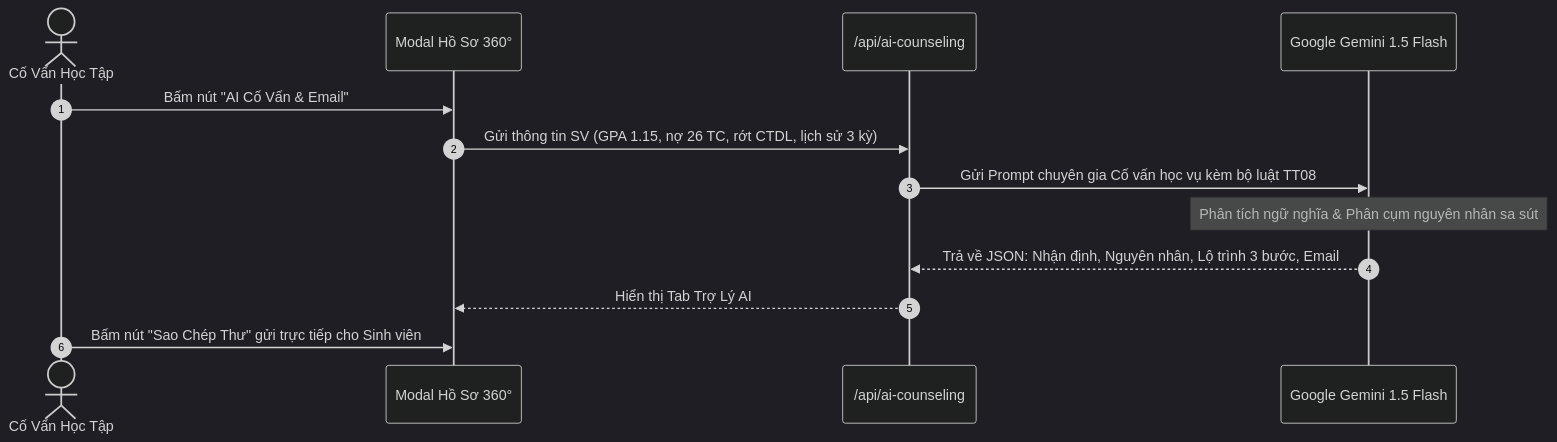
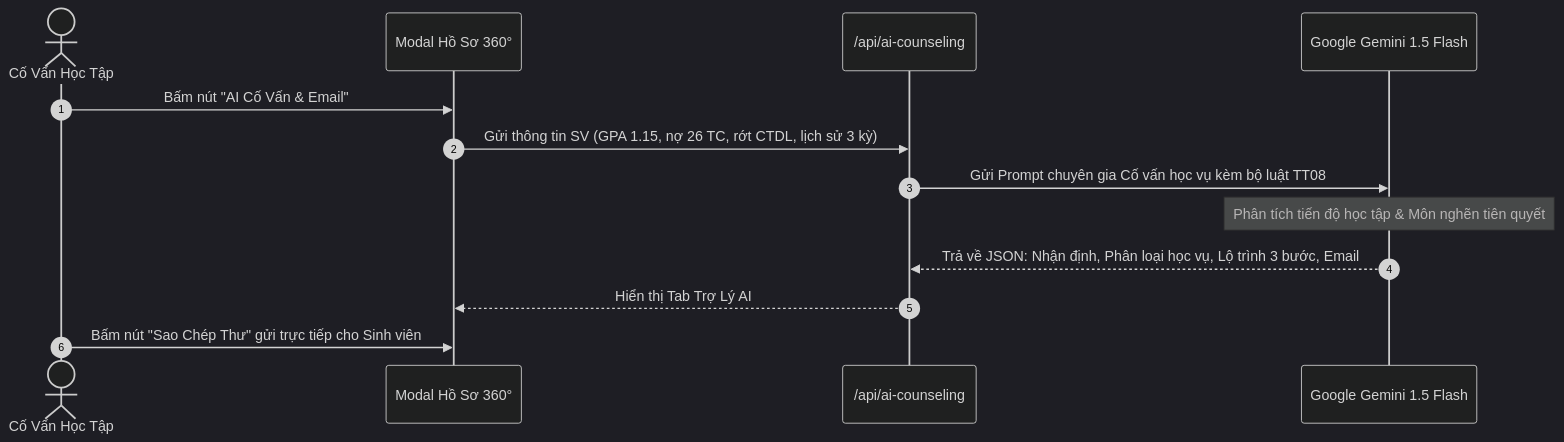
The fourth of 4 diagrams in docs/BAO_CAO_TOAN_DIEN_DU_AN_EDUALERT.md (legiahan2705/Project-EduAlert), drawn with Mermaid (dark theme) before and after one commit. The commit also changed other lines of this file and 2 other files, not shown here.

Commit message:
docs & api: remove all assumptions about personal life, strictly focus on academic data and grade metrics

````diff
--- a/docs/BAO_CAO_TOAN_DIEN_DU_AN_EDUALERT.md
+++ b/docs/BAO_CAO_TOAN_DIEN_DU_AN_EDUALERT.md
@@ -318,16 +318,16 @@
 ```mermaid
 sequenceDiagram
     autonumber
     actor CVHT as Cố Vấn Học Tập
     participant UI as Modal Hồ Sơ 360°
     participant API as /api/ai-counseling
     participant LLM as Google Gemini 1.5 Flash
 
     CVHT->>UI: Bấm nút "AI Cố Vấn & Email"
     UI->>API: Gửi thông tin SV (GPA 1.15, nợ 26 TC, rớt CTDL, lịch sử 3 kỳ)
     API->>LLM: Gửi Prompt chuyên gia Cố vấn học vụ kèm bộ luật TT08
-    Note over LLM: Phân tích ngữ nghĩa & Phân cụm nguyên nhân sa sút
-    LLM-->>API: Trả về JSON: Nhận định, Nguyên nhân, Lộ trình 3 bước, Email
+    Note over LLM: Phân tích tiến độ học tập & Môn nghẽn tiên quyết
+    LLM-->>API: Trả về JSON: Nhận định, Phân loại học vụ, Lộ trình 3 bước, Email
     API-->>UI: Hiển thị Tab Trợ Lý AI
     CVHT->>UI: Bấm nút "Sao Chép Thư" gửi trực tiếp cho Sinh viên
 ```
````
